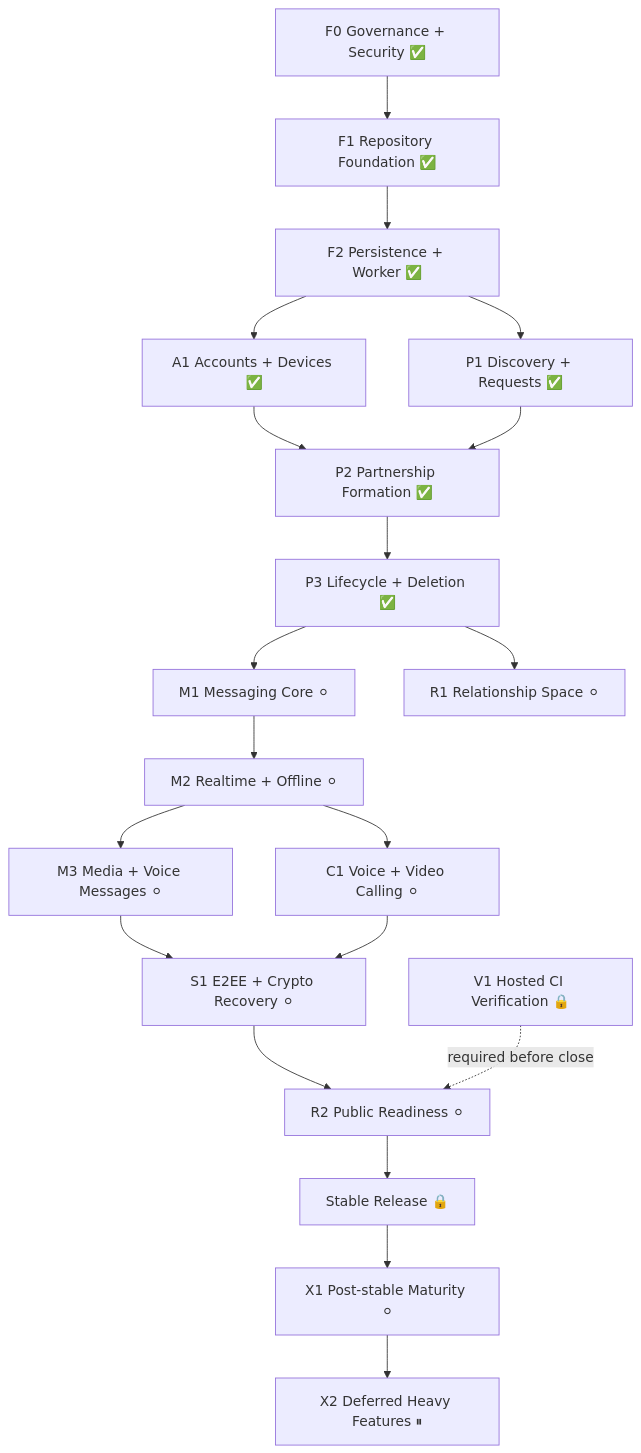
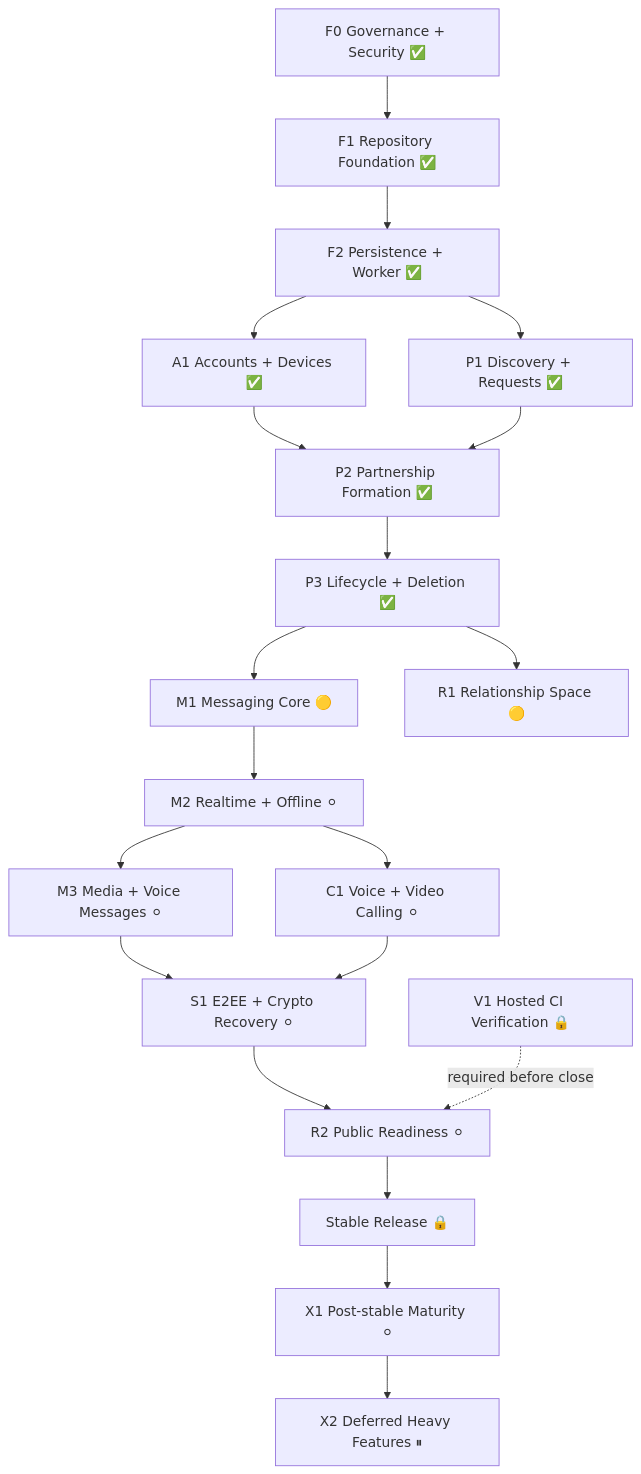
Before and after one commit to ekamal22/shawtie-pls-app: the diagram in docs/EXECUTION_GRAPH.md, drawn with Mermaid. The commit also changed other lines of this file and 10 other files, not shown here.

Commit message:
docs: define R1 relationship space architecture [skip ci]

```diff
--- a/docs/EXECUTION_GRAPH.md
+++ b/docs/EXECUTION_GRAPH.md
@@ -84,31 +84,31 @@
 ~~~mermaid
 flowchart TD
     F0["F0 Governance + Security ✅"] --> F1["F1 Repository Foundation ✅"]
     F1 --> F2["F2 Persistence + Worker ✅"]
 
     F2 --> A1["A1 Accounts + Devices ✅"]
     F2 --> P1["P1 Discovery + Requests ✅"]
 
     A1 --> P2["P2 Partnership Formation ✅"]
     P1 --> P2
 
     P2 --> P3["P3 Lifecycle + Deletion ✅"]
 
-    P3 --> M1["M1 Messaging Core ⚪"]
-    P3 --> R1["R1 Relationship Space ⚪"]
+    P3 --> M1["M1 Messaging Core 🟡"]
+    P3 --> R1["R1 Relationship Space 🟡"]
 
     M1 --> M2["M2 Realtime + Offline ⚪"]
 
     M2 --> M3["M3 Media + Voice Messages ⚪"]
     M2 --> C1["C1 Voice + Video Calling ⚪"]
 
     M3 --> S1["S1 E2EE + Crypto Recovery ⚪"]
     C1 --> S1
 
     S1 --> R2["R2 Public Readiness ⚪"]
     V1["V1 Hosted CI Verification 🔒"] -. required before close .-> R2
 
     R2 --> RELEASE["Stable Release 🔒"]
     RELEASE --> X1["X1 Post-stable Maturity ⚪"]
     X1 --> X2["X2 Deferred Heavy Features ⏸"]
 ~~~
```
